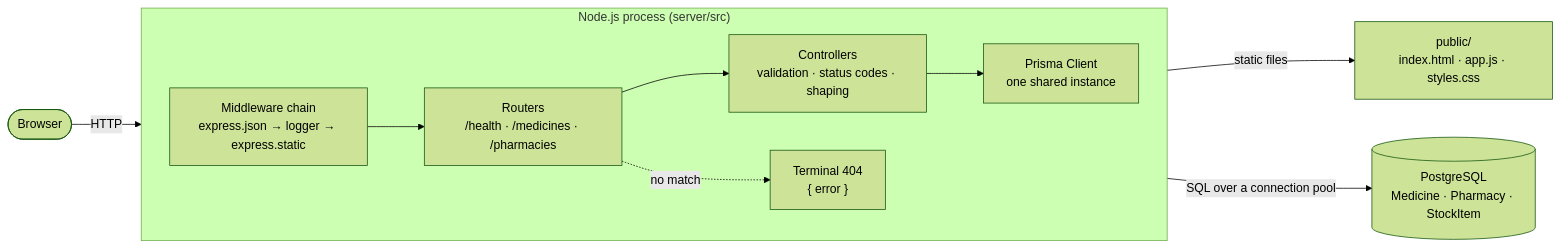
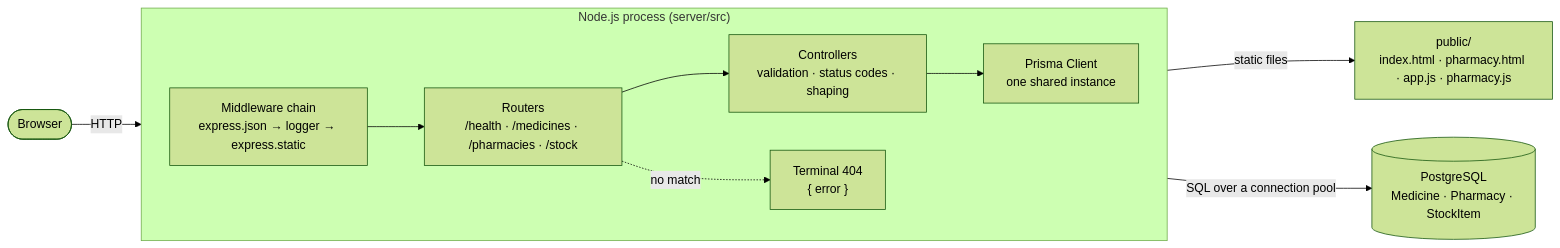
One commit to vishalkbladerunner-create/velora_AP_2026 changed the first of 3 diagrams in README.md. Above: the diagram before and after it, drawn with Mermaid (forest theme). The commit also changed other lines of this file and 1 other file, not shown here.

````diff
--- a/README.md
+++ b/README.md
@@ -44,22 +46,22 @@
 ```mermaid
 flowchart LR
     user(["Browser"])
     subgraph proc["Node.js process (server/src)"]
         direction LR
         mw["Middleware chain<br/>express.json → logger → express.static"]
-        routers["Routers<br/>/health · /medicines · /pharmacies"]
+        routers["Routers<br/>/health · /medicines · /pharmacies · /stock"]
         ctrl["Controllers<br/>validation · status codes · shaping"]
         prisma["Prisma Client<br/>one shared instance"]
         nf["Terminal 404<br/>{ error }"]
     end
     db[("PostgreSQL<br/>Medicine · Pharmacy · StockItem")]
-    static["public/<br/>index.html · app.js · styles.css"]
+    static["public/<br/>index.html · pharmacy.html · app.js · pharmacy.js"]
 
     user -->|"HTTP"| mw
     mw -->|"static files"| static
     mw --> routers
     routers --> ctrl
     ctrl --> prisma
     prisma -->|"SQL over a connection pool"| db
     routers -.->|"no match"| nf
 ```
````
